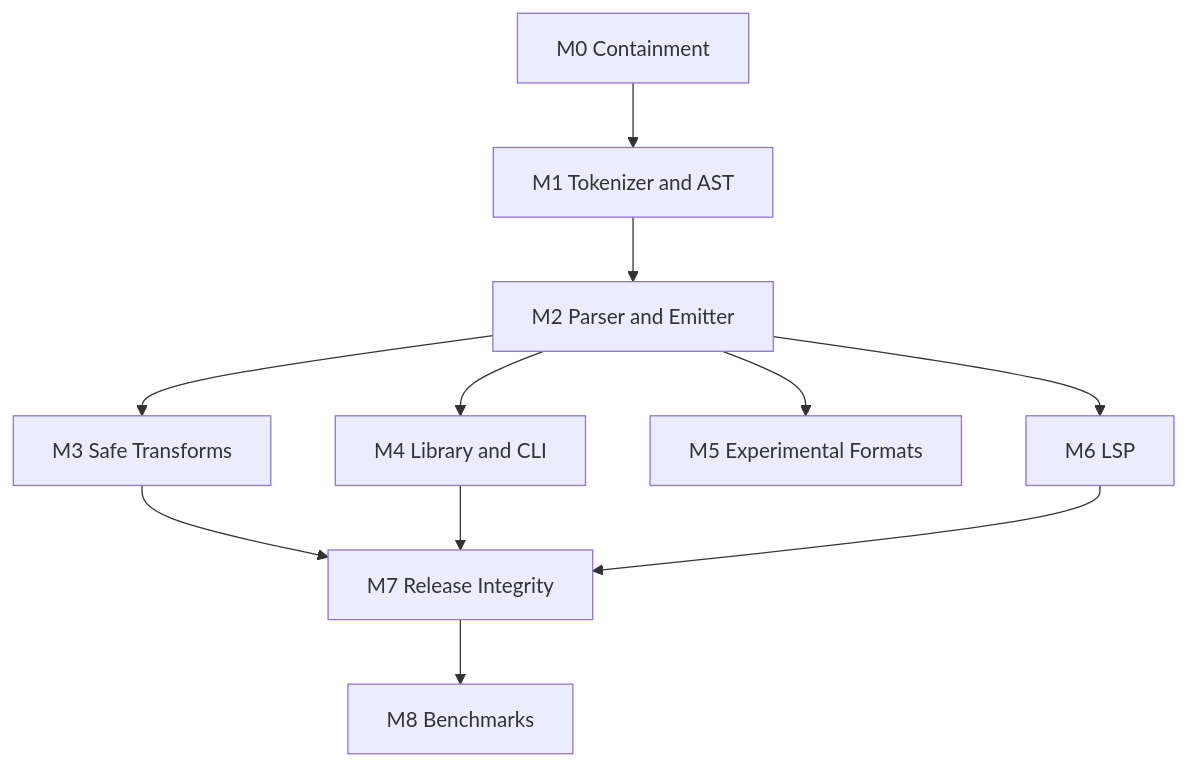
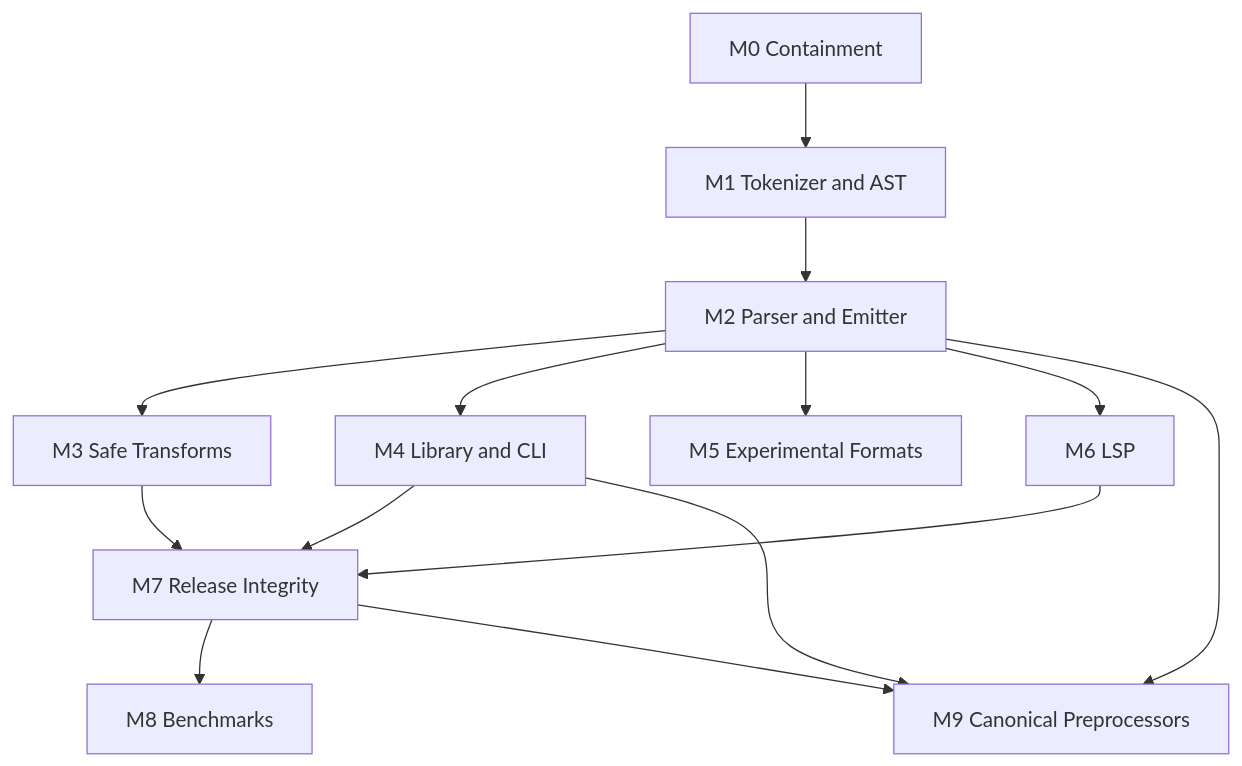
Before and after one commit to vyakymenko/zigcss: the diagram in DEVELOPMENT_PLAN.md, drawn with Mermaid. The commit also changed other lines of this file and 7 other files, not shown here.

````diff
--- a/DEVELOPMENT_PLAN.md
+++ b/DEVELOPMENT_PLAN.md
@@ -561,13 +666,16 @@
 ```mermaid
 flowchart TD
     M0["M0 Containment"] --> M1["M1 Tokenizer and AST"]
     M1 --> M2["M2 Parser and Emitter"]
     M2 --> M3["M3 Safe Transforms"]
     M2 --> M4["M4 Library and CLI"]
     M2 --> M5["M5 Experimental Formats"]
     M2 --> M6["M6 LSP"]
     M3 --> M7["M7 Release Integrity"]
     M4 --> M7
     M6 --> M7
     M7 --> M8["M8 Benchmarks"]
+    M2 --> M9["M9 Canonical Preprocessors"]
+    M4 --> M9
+    M7 --> M9
 ```
````
